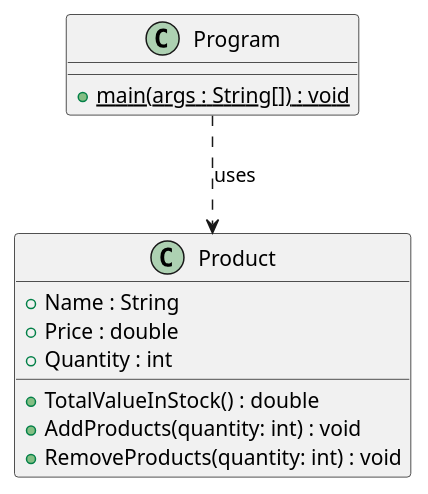
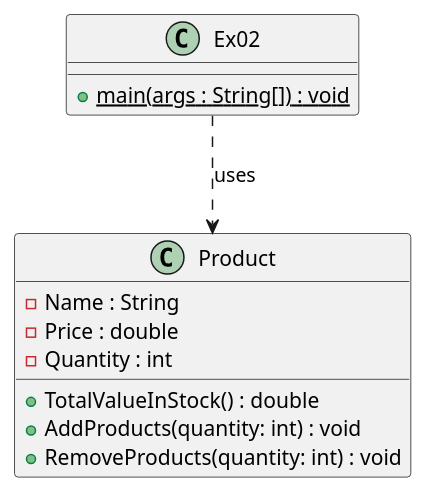
One commit to pedromiguel97/java-exercises changed the diagram in 01-oop-basics/docs/diagrams/product-class.puml. Above: the diagram before and after it, drawn with PlantUML. The commit also changed 93 other files, not shown here.

```diff
--- a/01-oop-basics/docs/diagrams/product-class.puml
+++ b/01-oop-basics/docs/diagrams/product-class.puml
@@ -1,17 +1,17 @@
 @startuml
 class Product {
-  + Name : String
-  + Price : double
-  + Quantity : int
+  - Name : String
+  - Price : double
+  - Quantity : int
   + TotalValueInStock() : double
   + AddProducts(quantity: int) : void
   + RemoveProducts(quantity: int) : void
 
 }
 
-class Program {
+class Ex02 {
   + {static} main(args : String[]) : void
 }
 
-Program ..> Product : uses
+Ex02 ..> Product : uses
 @enduml
```
